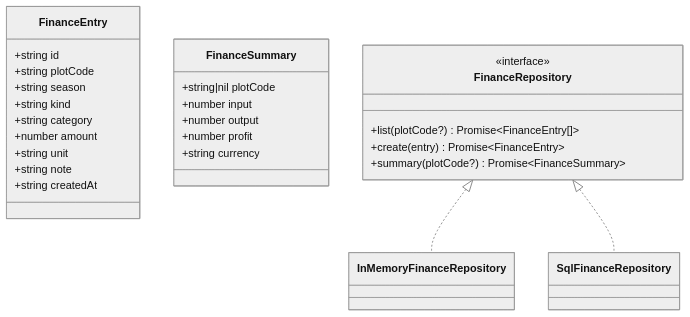
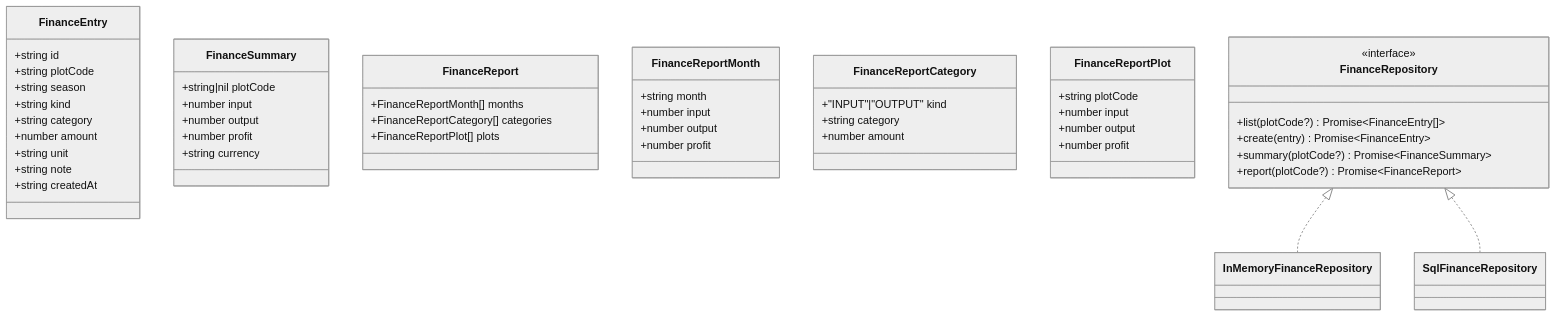
One commit to q446328246/agri-platform changed the third of 11 diagrams in .qoder/repowiki/zh/content/核心服务文档/财务管理服务.md. Above: the diagram before and after it, drawn with Mermaid (neutral theme). The commit also changed other lines of this file and 52 other files, not shown here.

````diff
--- a/.qoder/repowiki/zh/content/核心服务文档/财务管理服务.md
+++ b/.qoder/repowiki/zh/content/核心服务文档/财务管理服务.md
@@ -120,31 +137,54 @@
 ```mermaid
 classDiagram
 class FinanceEntry {
 +string id
 +string plotCode
 +string season
 +string kind
 +string category
 +number amount
 +string unit
 +string note
 +string createdAt
 }
 class FinanceSummary {
 +string|nil plotCode
 +number input
 +number output
 +number profit
 +string currency
 }
+class FinanceReport {
++FinanceReportMonth[] months
++FinanceReportCategory[] categories
++FinanceReportPlot[] plots
+}
+class FinanceReportMonth {
++string month
++number input
++number output
++number profit
+}
+class FinanceReportCategory {
++"INPUT"|"OUTPUT" kind
++string category
++number amount
+}
+class FinanceReportPlot {
++string plotCode
++number input
++number output
++number profit
+}
 class FinanceRepository {
 <<interface>>
 +list(plotCode?) Promise~FinanceEntry[]~
 +create(entry) Promise~FinanceEntry~
 +summary(plotCode?) Promise~FinanceSummary~
++report(plotCode?) Promise~FinanceReport~
 }
 class InMemoryFinanceRepository
 class SqlFinanceRepository
 FinanceRepository <|.. InMemoryFinanceRepository
 FinanceRepository <|.. SqlFinanceRepository
 ```
````
